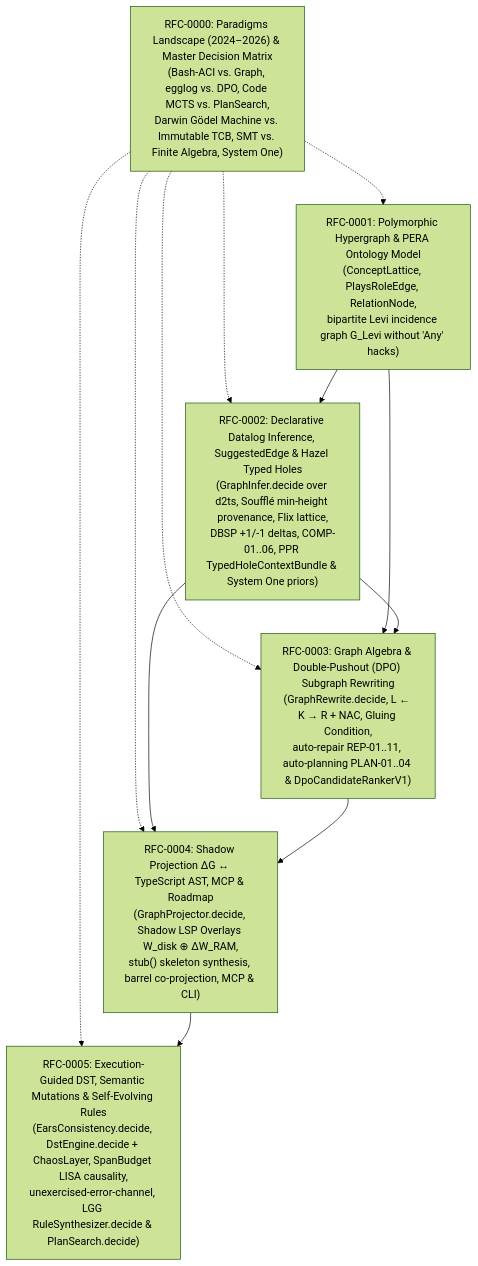
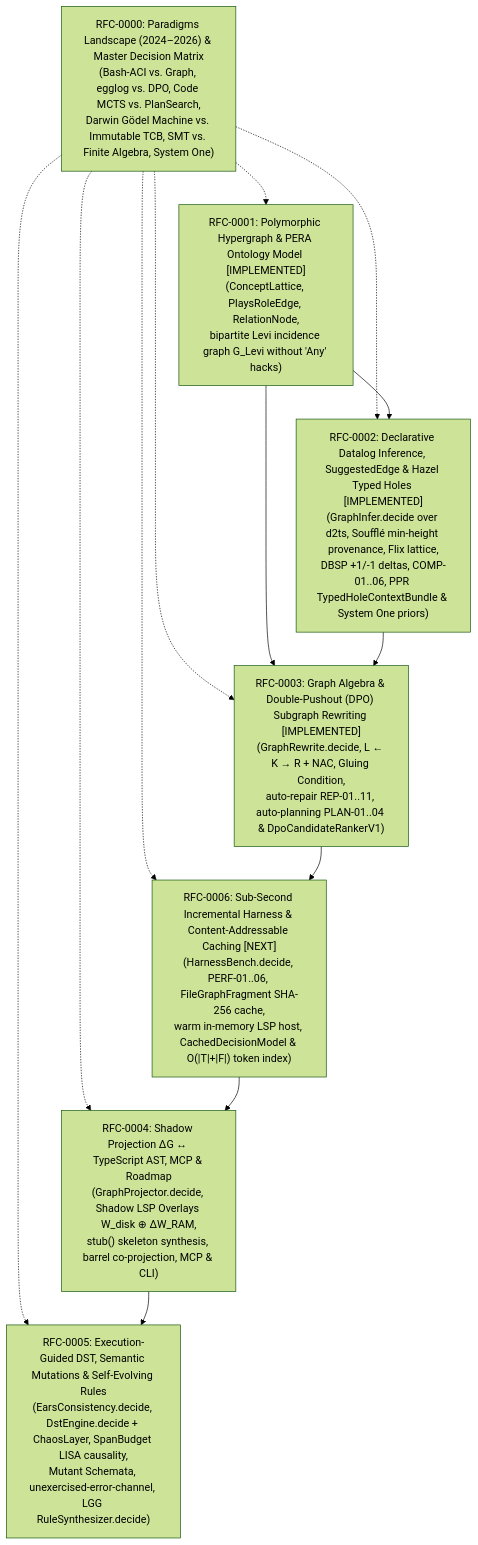
Before and after one commit to selmeci/effect-ts-harness: the second of 3 diagrams in docs/rfcs/README.md, drawn with Mermaid (forest theme). The commit also changed other lines of this file and 3 other files, not shown here.

Commit message:
docs(rfcs): add RFC-0006 sub-second incremental caching & performance safeguards for RFC-0004/0005

````diff
--- a/docs/rfcs/README.md
+++ b/docs/rfcs/README.md
@@ -129,21 +129,23 @@
 ```mermaid
 flowchart TD
   R0["RFC-0000: Paradigms Landscape (2024–2026) & Master Decision Matrix\n(Bash-ACI vs. Graph, egglog vs. DPO, Code MCTS vs. PlanSearch,\nDarwin Gödel Machine vs. Immutable TCB, SMT vs. Finite Algebra, System One)"]
-  R1["RFC-0001: Polymorphic Hypergraph & PERA Ontology Model\n(ConceptLattice, PlaysRoleEdge, RelationNode,\nbipartite Levi incidence graph G_Levi without 'Any' hacks)"]
-  R2["RFC-0002: Declarative Datalog Inference, SuggestedEdge & Hazel Typed Holes\n(GraphInfer.decide over d2ts, Soufflé min-height provenance, Flix lattice,\nDBSP +1/-1 deltas, COMP-01..06, PPR TypedHoleContextBundle & System One priors)"]
-  R3["RFC-0003: Graph Algebra & Double-Pushout (DPO) Subgraph Rewriting\n(GraphRewrite.decide, L ← K → R + NAC, Gluing Condition,\nauto-repair REP-01..11, auto-planning PLAN-01..04 & DpoCandidateRankerV1)"]
+  R1["RFC-0001: Polymorphic Hypergraph & PERA Ontology Model [IMPLEMENTED]\n(ConceptLattice, PlaysRoleEdge, RelationNode,\nbipartite Levi incidence graph G_Levi without 'Any' hacks)"]
+  R2["RFC-0002: Declarative Datalog Inference, SuggestedEdge & Hazel Typed Holes [IMPLEMENTED]\n(GraphInfer.decide over d2ts, Soufflé min-height provenance, Flix lattice,\nDBSP +1/-1 deltas, COMP-01..06, PPR TypedHoleContextBundle & System One priors)"]
+  R3["RFC-0003: Graph Algebra & Double-Pushout (DPO) Subgraph Rewriting [IMPLEMENTED]\n(GraphRewrite.decide, L ← K → R + NAC, Gluing Condition,\nauto-repair REP-01..11, auto-planning PLAN-01..04 & DpoCandidateRankerV1)"]
+  R6["RFC-0006: Sub-Second Incremental Harness & Content-Addressable Caching [NEXT]\n(HarnessBench.decide, PERF-01..06, FileGraphFragment SHA-256 cache,\nwarm in-memory LSP host, CachedDecisionModel & O(|T|+|F|) token index)"]
   R4["RFC-0004: Shadow Projection ΔG ↔ TypeScript AST, MCP & Roadmap\n(GraphProjector.decide, Shadow LSP Overlays W_disk ⊕ ΔW_RAM,\nstub<A,E,R>() skeleton synthesis, barrel co-projection, MCP & CLI)"]
-  R5["RFC-0005: Execution-Guided DST, Semantic Mutations & Self-Evolving Rules\n(EarsConsistency.decide, DstEngine.decide + ChaosLayer, SpanBudget LISA causality,\nunexercised-error-channel, LGG RuleSynthesizer.decide & PlanSearch.decide)"]
+  R5["RFC-0005: Execution-Guided DST, Semantic Mutations & Self-Evolving Rules\n(EarsConsistency.decide, DstEngine.decide + ChaosLayer, SpanBudget LISA causality,\nMutant Schemata, unexercised-error-channel, LGG RuleSynthesizer.decide)"]
 
   R0 -.-> R1
   R0 -.-> R2
   R0 -.-> R3
+  R0 -.-> R6
   R0 -.-> R4
   R0 -.-> R5
   R1 --> R2
   R1 --> R3
   R2 --> R3
-  R2 --> R4
-  R3 --> R4
+  R3 --> R6
+  R6 --> R4
   R4 --> R5
 ```
````
